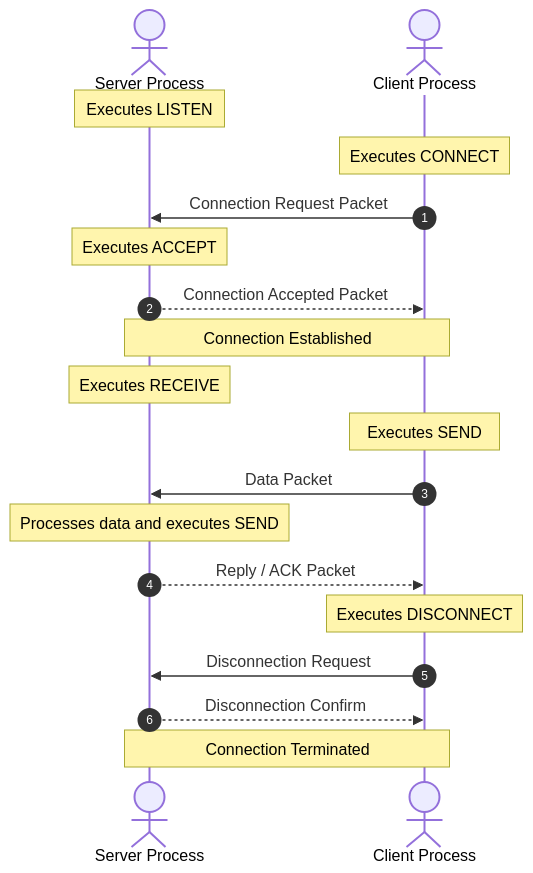
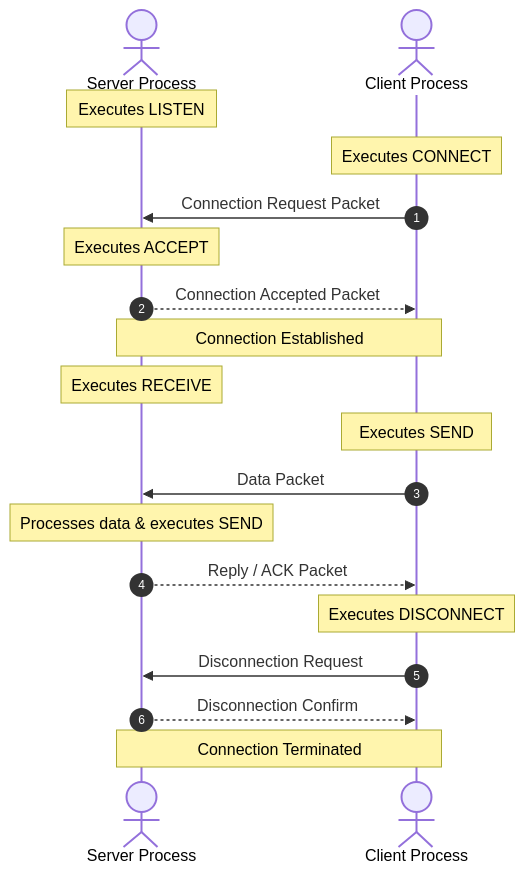
Before and after one commit to DeepLumiere/DeepSkills: the second of 5 diagrams in notes/computer_networks/Chapter_1_Introduction.md, drawn with Mermaid. The commit also changed other lines of this file and 2 other files, not shown here.

````diff
--- a/notes/computer_networks/Chapter_1_Introduction.md
+++ b/notes/computer_networks/Chapter_1_Introduction.md
@@ -242,21 +242,21 @@
 ```mermaid
 sequenceDiagram
     autonumber
     actor Server as Server Process
     actor Client as Client Process
     Note over Server: Executes LISTEN
     Note over Client: Executes CONNECT
     Client->>Server: Connection Request Packet
     Note over Server: Executes ACCEPT
     Server-->>Client: Connection Accepted Packet
     Note over Client,Server: Connection Established
     Note over Server: Executes RECEIVE
     Note over Client: Executes SEND
     Client->>Server: Data Packet
-    Note over Server: Processes data and executes SEND
+    Note over Server: Processes data & executes SEND
     Server-->>Client: Reply / ACK Packet
     Note over Client: Executes DISCONNECT
     Client->>Server: Disconnection Request
     Server-->>Client: Disconnection Confirm
     Note over Client,Server: Connection Terminated
 ```
````
